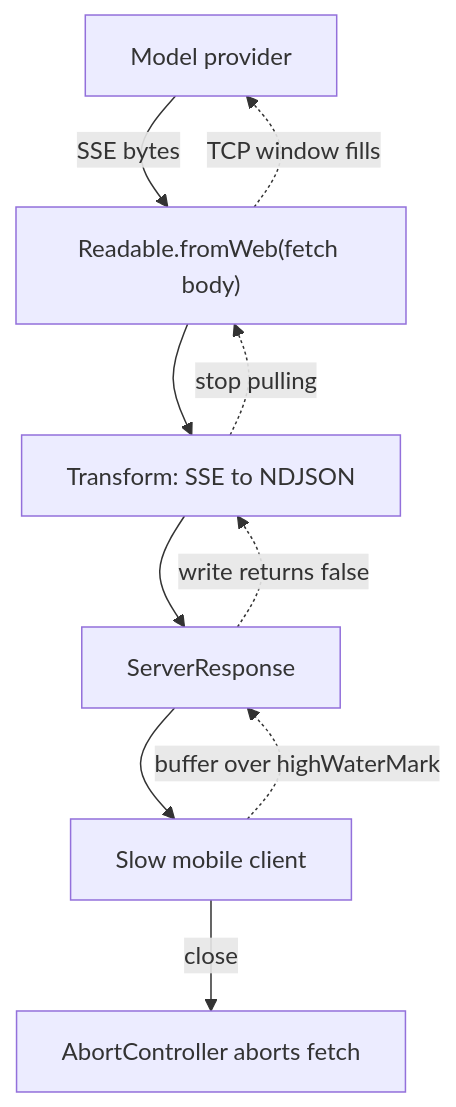
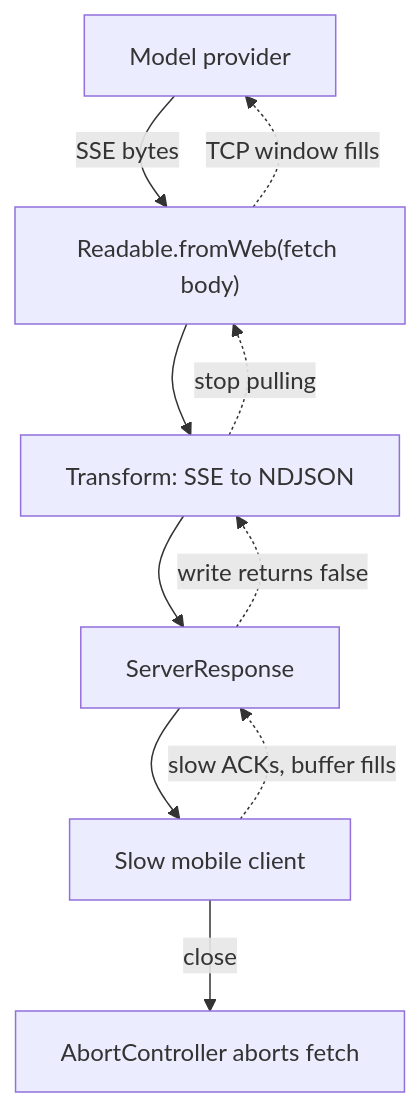
The diagram in content/node-ts-for-ai/streams-and-backpressure.md (lovishmahajan97/agentic-learning), drawn with Mermaid before and after one commit. The commit also changed other lines of this file and 213 other files, not shown here.

````diff
--- a/content/node-ts-for-ai/streams-and-backpressure.md
+++ b/content/node-ts-for-ai/streams-and-backpressure.md
@@ -118,12 +120,12 @@
 ```mermaid
 flowchart TD
     M["Model provider"] -->|"SSE bytes"| R["Readable.fromWeb(fetch body)"]
     R --> T["Transform: SSE to NDJSON"]
     T --> W["ServerResponse"]
     W --> C["Slow mobile client"]
-    C -.->|"buffer over highWaterMark"| W
+    C -.->|"slow ACKs, buffer fills"| W
     W -.->|"write returns false"| T
     T -.->|"stop pulling"| R
     R -.->|"TCP window fills"| M
     C -->|"close"| A["AbortController aborts fetch"]
 ```
````
